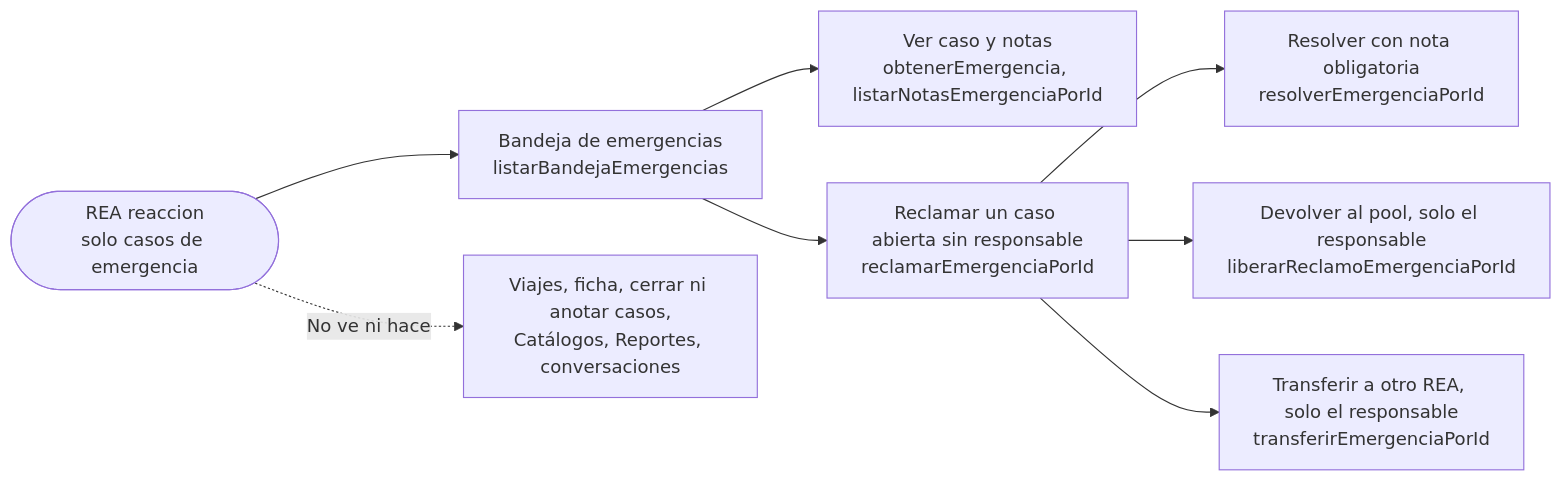
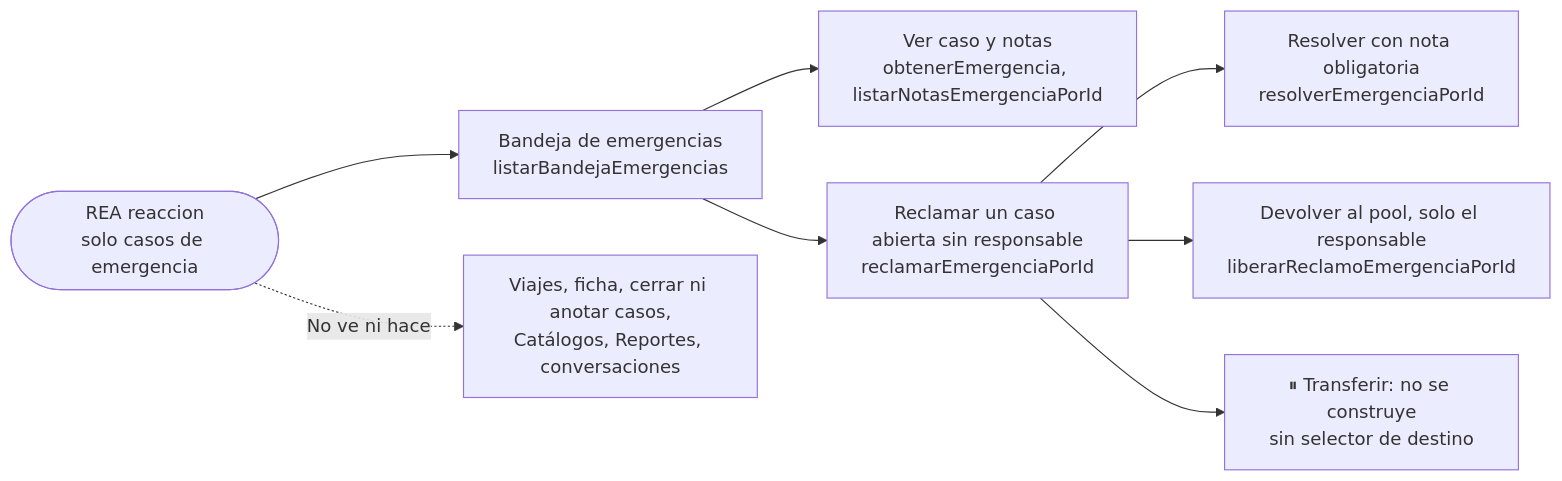
Before and after one commit to AI27-Tech/pf-web-frontend-internal: the sixth of 14 diagrams in .kiro/specs/afinacion-roles-modulo-a-modulo/DIAGRAMAS-ROLES.md, drawn with Mermaid. The commit also changed other lines of this file and 4 other files, not shown here.

````diff
--- a/.kiro/specs/afinacion-roles-modulo-a-modulo/DIAGRAMAS-ROLES.md
+++ b/.kiro/specs/afinacion-roles-modulo-a-modulo/DIAGRAMAS-ROLES.md
@@ -150,11 +150,11 @@
 ```mermaid
 flowchart LR
   REA(["REA reaccion<br/>solo casos de emergencia"])
   REA --> B["Bandeja de emergencias<br/>listarBandejaEmergencias"]
   B --> D["Ver caso y notas<br/>obtenerEmergencia, listarNotasEmergenciaPorId"]
   B --> R["Reclamar un caso abierta sin responsable<br/>reclamarEmergenciaPorId"]
   R --> RS["Resolver con nota obligatoria<br/>resolverEmergenciaPorId"]
   R --> DV["Devolver al pool, solo el responsable<br/>liberarReclamoEmergenciaPorId"]
-  R --> TR["Transferir a otro REA, solo el responsable<br/>transferirEmergenciaPorId"]
+  R --> TR["⏸ Transferir: no se construye<br/>sin selector de destino"]
   REA -. "No ve ni hace" .-> N["Viajes, ficha, cerrar ni anotar casos,<br/>Catálogos, Reportes, conversaciones"]
 ```
````
